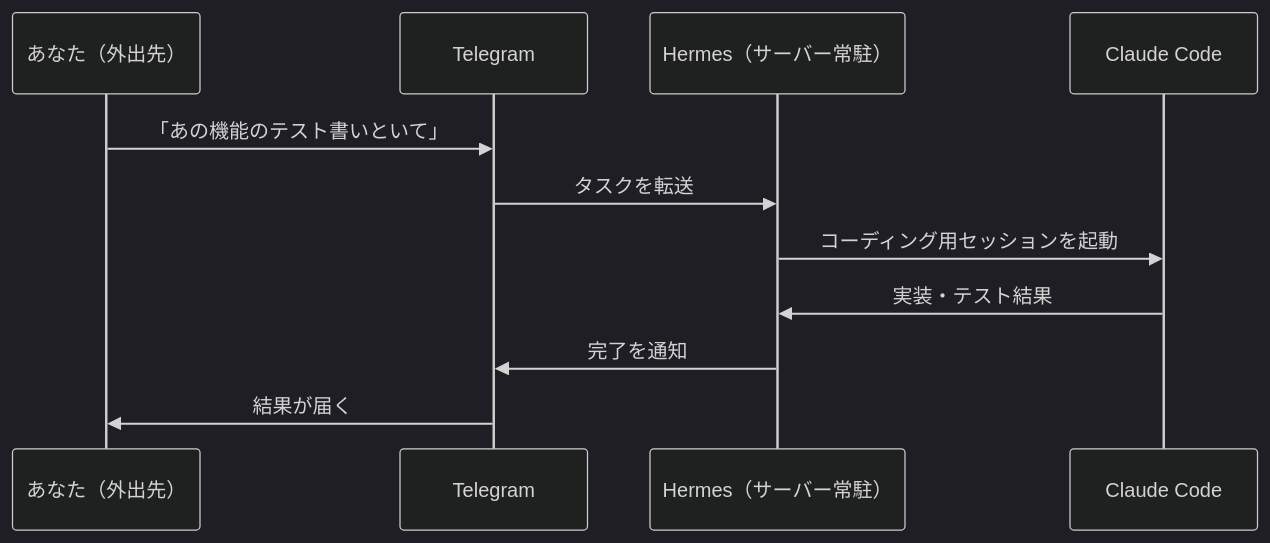
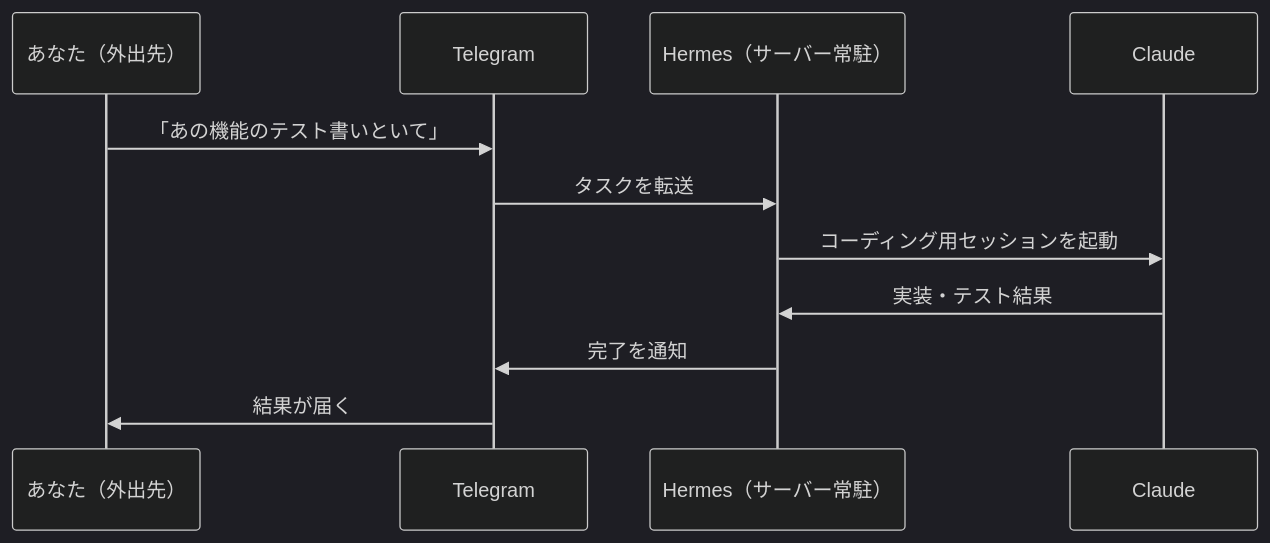
Before and after one commit to yuforest/zenn-content-omori: the second of 2 diagrams in articles/ai-agent-hermes-openclaw-claude.md, drawn with Mermaid (dark theme). The commit also changed other lines of this file, not shown here.

Commit message:
fix: 比較対象をClaude Code→Claudeに修正

````diff
--- a/articles/ai-agent-hermes-openclaw-claude.md
+++ b/articles/ai-agent-hermes-openclaw-claude.md
@@ -82,13 +82,13 @@
 ```mermaid
 sequenceDiagram
     participant U as あなた（外出先）
     participant T as Telegram
     participant H as Hermes（サーバー常駐）
-    participant C as Claude Code
+    participant C as Claude
     U->>T: 「あの機能のテスト書いといて」
     T->>H: タスクを転送
     H->>C: コーディング用セッションを起動
     C->>H: 実装・テスト結果
     H->>T: 完了を通知
     T->>U: 結果が届く
 ```
````
